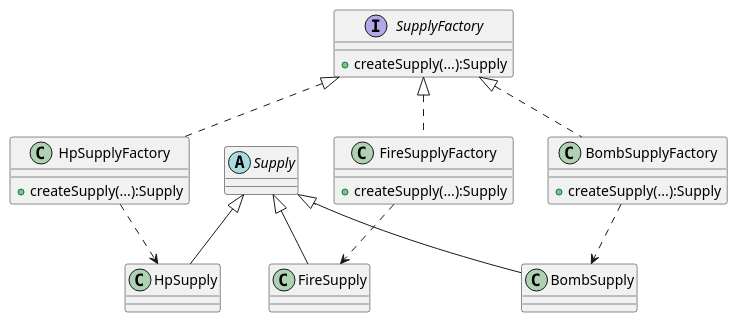
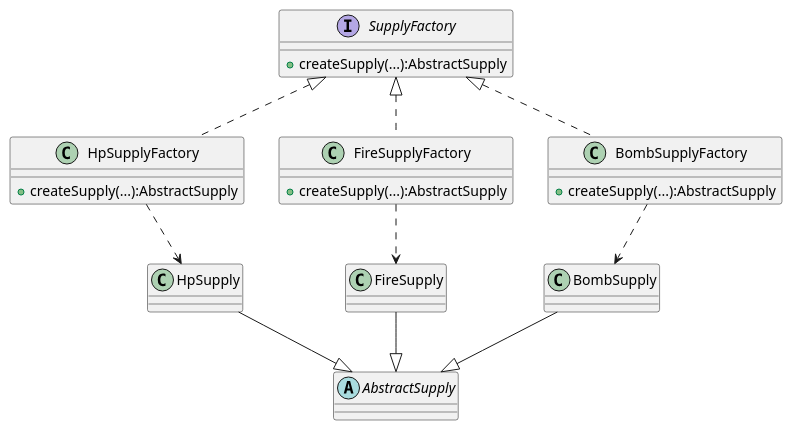
The diagram in uml/SupplyFactory.puml (Chanstars/java_experiment), drawn with PlantUML before and after one commit. The commit also changed 25 other files, not shown here.

```diff
--- a/uml/SupplyFactory.puml
+++ b/uml/SupplyFactory.puml
@@ -1,37 +1,37 @@
 @startuml
 'https://plantuml.com/class-diagram
 
-abstract class Supply
+abstract class AbstractSupply
 class HpSupply
 class FireSupply
 class BombSupply
 
 interface SupplyFactory
 {
-    + createSupply(...):Supply
+    + createSupply(...):AbstractSupply
 }
 
 class HpSupplyFactory{
-    + createSupply(...):Supply
+    + createSupply(...):AbstractSupply
 }
 
 class FireSupplyFactory{
-    + createSupply(...):Supply
+    + createSupply(...):AbstractSupply
 }
 
 class BombSupplyFactory{
-    + createSupply(...):Supply
+    + createSupply(...):AbstractSupply
 }
 
-Supply <|-down- HpSupply
-Supply <|-down- FireSupply
-Supply <|-down- BombSupply
+AbstractSupply <|-up- HpSupply
+AbstractSupply <|-up- FireSupply
+AbstractSupply <|-up- BombSupply
 
 SupplyFactory <|.. HpSupplyFactory
 SupplyFactory <|.. FireSupplyFactory
 SupplyFactory <|.. BombSupplyFactory
 
 HpSupplyFactory ..> HpSupply
 FireSupplyFactory ..> FireSupply
 BombSupplyFactory ..> BombSupply
 @enduml
```
